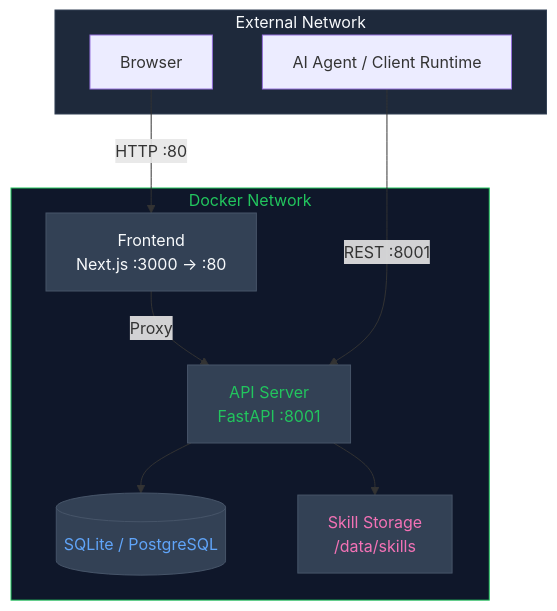
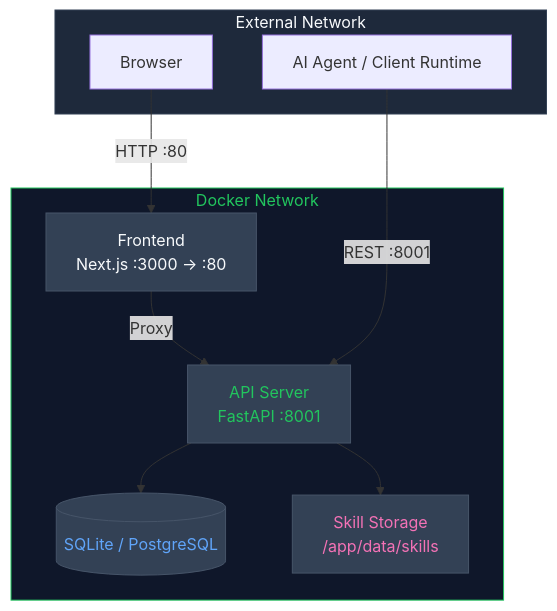
One commit to jiabai/open-skillhub changed the first of 2 diagrams in README.md. Above: the diagram before and after it, drawn with Mermaid. The commit also changed other lines of this file and 2 other files, not shown here.

Commit message:
docs: 更新存储路径为 /app/data/skills

````diff
--- a/README.md
+++ b/README.md
@@ -129,27 +129,27 @@
 ```mermaid
 graph TB
     subgraph External["External Network"]
         Browser["Browser"]
         AIAgent["AI Agent / Client Runtime"]
     end
 
     subgraph Docker["Docker Network"]
         Frontend["Frontend<br/>Next.js :3000 → :80"]
         API["API Server<br/>FastAPI :8001"]
         DB[(SQLite / PostgreSQL)]
-        Storage["Skill Storage<br/>/data/skills"]
+        Storage["Skill Storage<br/>/app/data/skills"]
     end
 
     Browser -->|HTTP :80| Frontend
     Frontend -->|Proxy| API
     AIAgent -->|REST :8001| API
     API --> DB
     API --> Storage
 
     style External fill:#1e293b,stroke:#334155,color:#f8fafc
     style Docker fill:#0f172a,stroke:#22c55e,color:#22c55e
     style Frontend fill:#334155,stroke:#475569,color:#f8fafc
     style API fill:#334155,stroke:#475569,color:#22c55e
     style DB fill:#334155,stroke:#475569,color:#60a5fa
     style Storage fill:#334155,stroke:#475569,color:#f472b6
 ```
````
